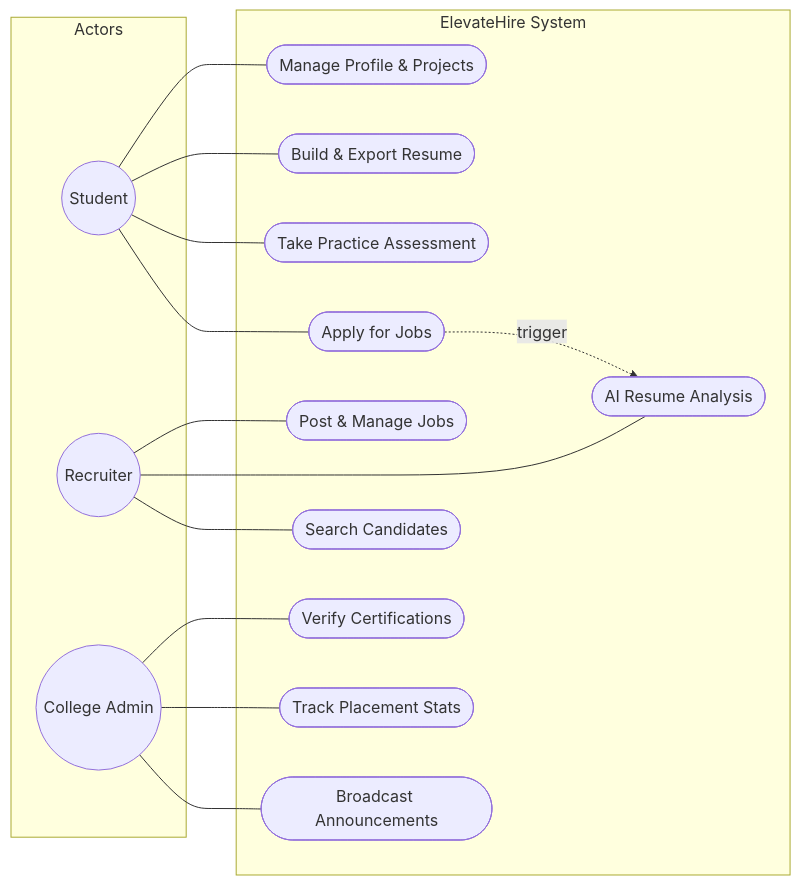
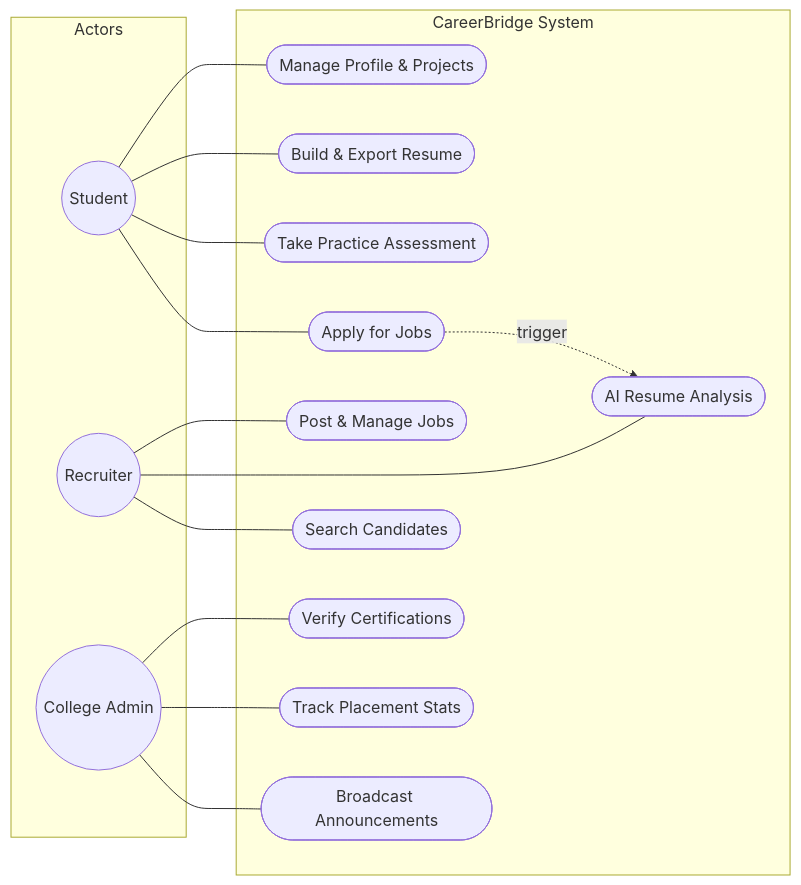
Before and after one commit to pranithapoojaryy/careerbridge: the second of 2 diagrams in docs/CHAPTER_3_SYSTEM_DESIGN.md, drawn with Mermaid. The commit also changed other lines of this file and 118 other files, not shown here.

Commit message:
Rebrand project from ElevateHire to CareerBridge

````diff
--- a/docs/CHAPTER_3_SYSTEM_DESIGN.md
+++ b/docs/CHAPTER_3_SYSTEM_DESIGN.md
@@ -58,38 +58,38 @@
 ```mermaid
 graph LR
     subgraph Actors
         S((Student))
         R((Recruiter))
         A((College Admin))
     end
 
-    subgraph "ElevateHire System"
+    subgraph "CareerBridge System"
         UC1([Manage Profile & Projects])
         UC2([Build & Export Resume])
         UC3([Take Practice Assessment])
         UC4([Apply for Jobs])
         
         UC5([Post & Manage Jobs])
         UC6([AI Resume Analysis])
         UC7([Search Candidates])
         
         UC8([Verify Certifications])
         UC9([Track Placement Stats])
         UC10([Broadcast Announcements])
     end
 
     S --- UC1
     S --- UC2
     S --- UC3
     S --- UC4
 
     R --- UC5
     R --- UC6
     R --- UC7
 
     A --- UC8
     A --- UC9
     A --- UC10
 
     UC4 -. trigger .-> UC6
 ```
````
